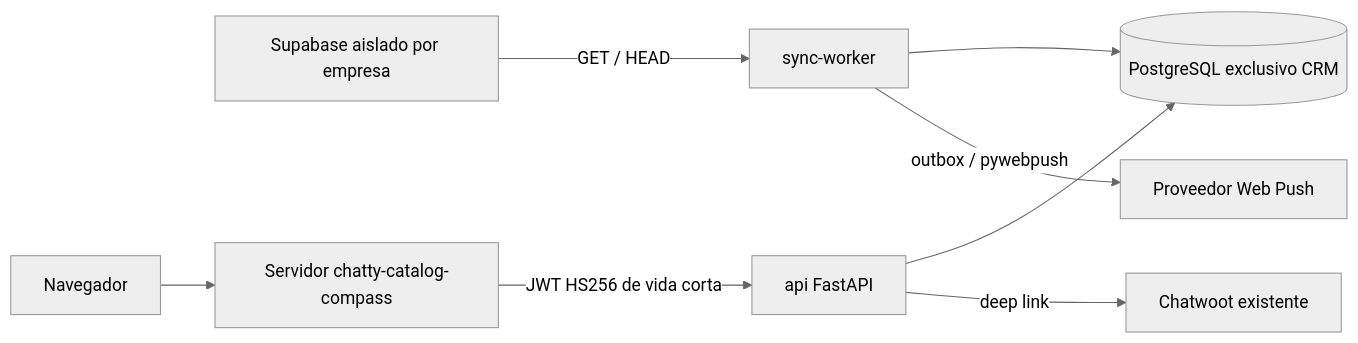
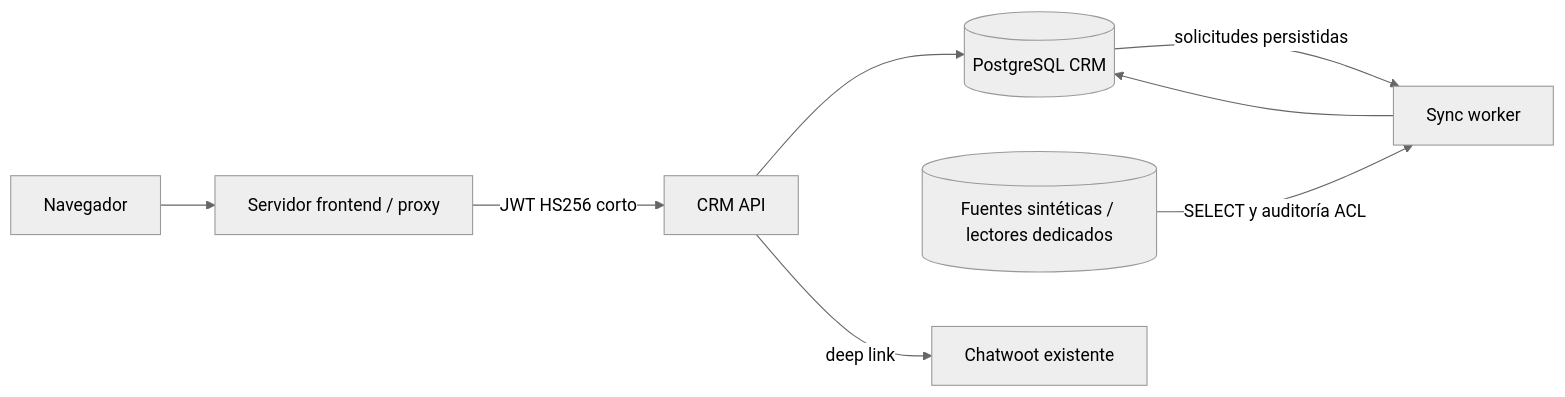
Before and after one commit to JeroCQ/Whatsapp-Bot: the diagram in crm/README.md, drawn with Mermaid (neutral theme). The commit also changed other lines of this file and 32 other files, not shown here.

````diff
--- a/crm/README.md
+++ b/crm/README.md
@@ -10,10 +12,10 @@
 ```mermaid
 flowchart LR
-  S[Supabase aislado por empresa] -->|GET / HEAD| W[sync-worker]
-  W --> D[(PostgreSQL exclusivo CRM)]
-  W -->|outbox / pywebpush| P[Proveedor Web Push]
-  B[Navegador] --> F[Servidor chatty-catalog-compass]
-  F -->|JWT HS256 de vida corta| A[api FastAPI]
-  A --> D
+  B[Navegador] --> F[Servidor frontend / proxy]
+  F -->|JWT HS256 corto| A[CRM API]
+  A --> D[(PostgreSQL CRM)]
+  D -->|solicitudes persistidas| W[Sync worker]
+  S[(Fuentes sintéticas / lectores dedicados)] -->|SELECT y auditoría ACL| W
+  W --> D
   A -->|deep link| C[Chatwoot existente]
 ```
````
